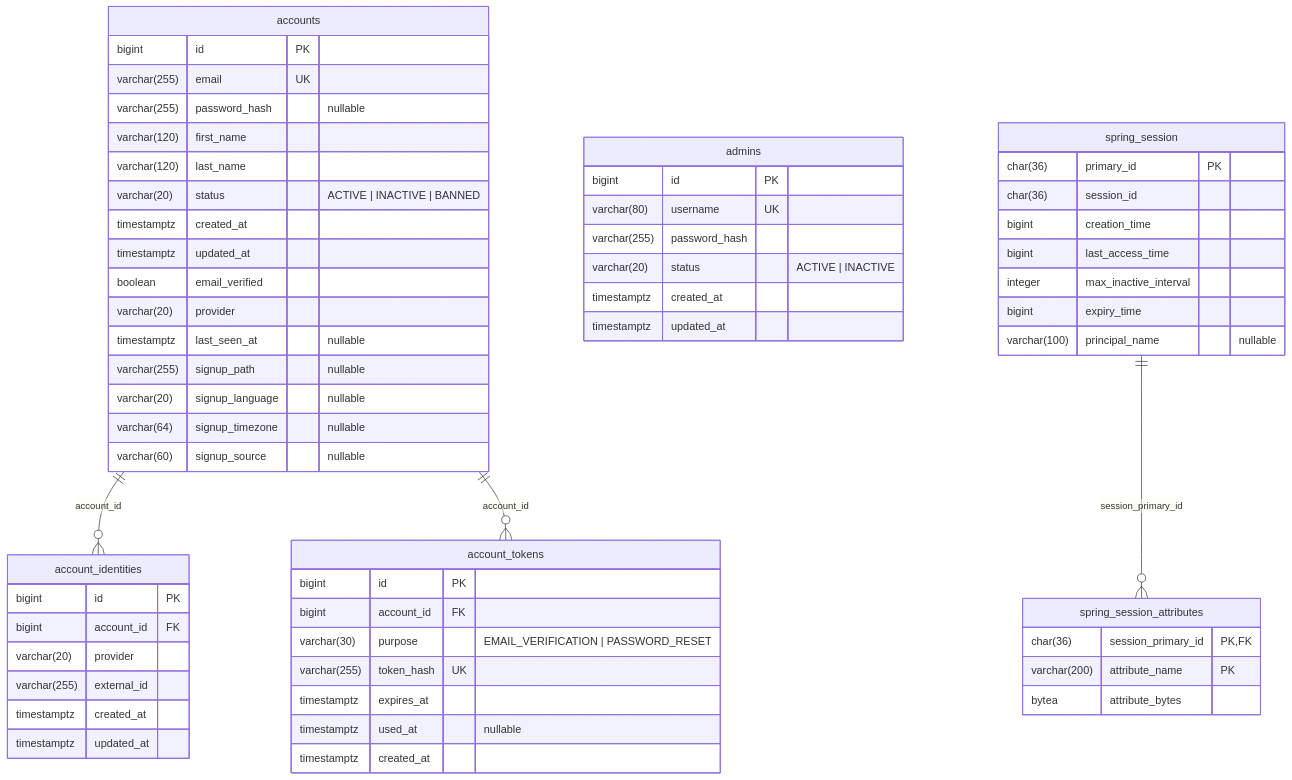
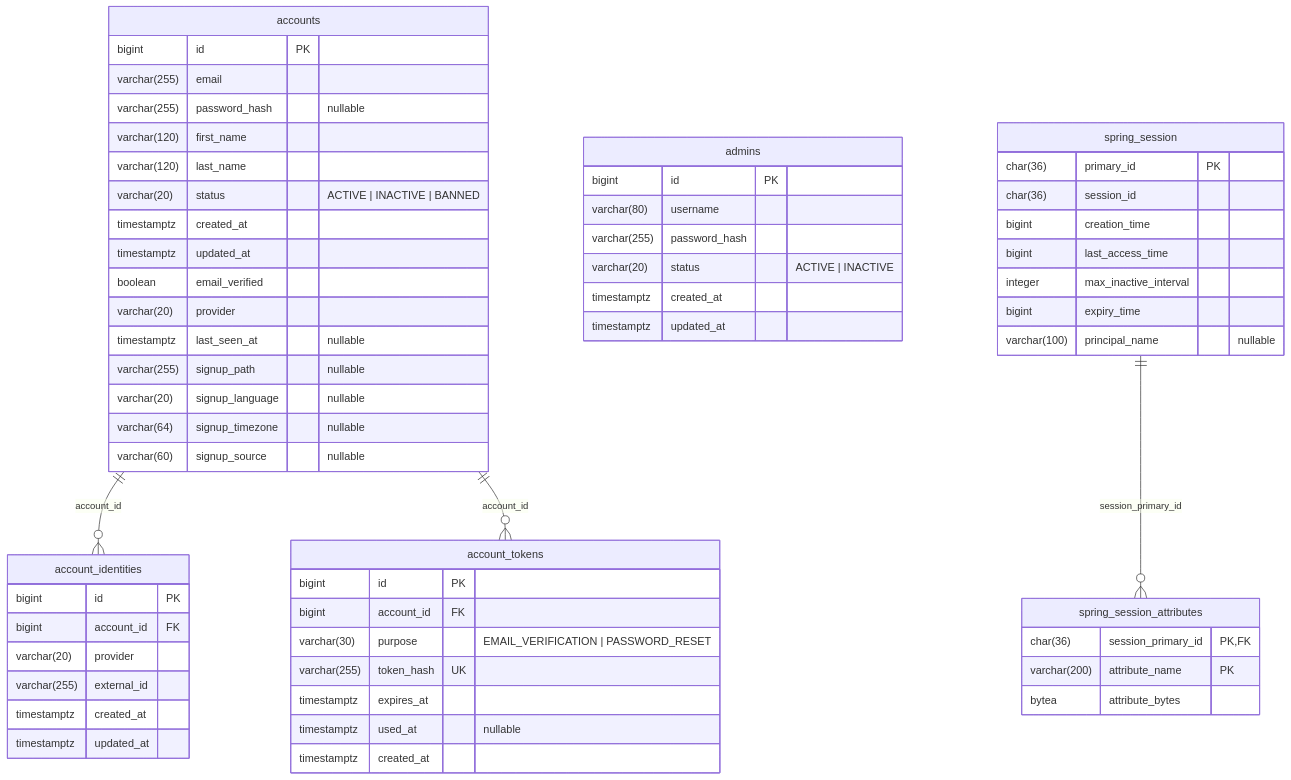
The second of 9 diagrams in docs/architecture/database.md (brandonkamga237/lescracks-platform), drawn with Mermaid before and after one commit. The commit also changed other lines of this file and 3 other files, not shown here.

First line of the commit message:
docs(database): record the schema review decisions and add data health checks

````diff
--- a/docs/architecture/database.md
+++ b/docs/architecture/database.md
@@ -98,62 +96,62 @@
 ```mermaid
 erDiagram
     accounts {
         bigint id PK
-        varchar(255) email UK
+        varchar(255) email
         varchar(255) password_hash "nullable"
         varchar(120) first_name
         varchar(120) last_name
         varchar(20) status "ACTIVE | INACTIVE | BANNED"
         timestamptz created_at
         timestamptz updated_at
         boolean email_verified
         varchar(20) provider
         timestamptz last_seen_at "nullable"
         varchar(255) signup_path "nullable"
         varchar(20) signup_language "nullable"
         varchar(64) signup_timezone "nullable"
         varchar(60) signup_source "nullable"
     }
     account_identities {
         bigint id PK
         bigint account_id FK
         varchar(20) provider
         varchar(255) external_id
         timestamptz created_at
         timestamptz updated_at
     }
     account_tokens {
         bigint id PK
         bigint account_id FK
         varchar(30) purpose "EMAIL_VERIFICATION | PASSWORD_RESET"
         varchar(255) token_hash UK
         timestamptz expires_at
         timestamptz used_at "nullable"
         timestamptz created_at
     }
     admins {
         bigint id PK
-        varchar(80) username UK
+        varchar(80) username
         varchar(255) password_hash
         varchar(20) status "ACTIVE | INACTIVE"
         timestamptz created_at
         timestamptz updated_at
     }
     spring_session {
         char(36) primary_id PK
         char(36) session_id
         bigint creation_time
         bigint last_access_time
         integer max_inactive_interval
         bigint expiry_time
         varchar(100) principal_name "nullable"
     }
     spring_session_attributes {
         char(36) session_primary_id PK, FK
         varchar(200) attribute_name PK
         bytea attribute_bytes
     }
     accounts ||--o{ account_identities : "account_id"
     accounts ||--o{ account_tokens : "account_id"
     spring_session ||--o{ spring_session_attributes : "session_primary_id"
 ```
````
